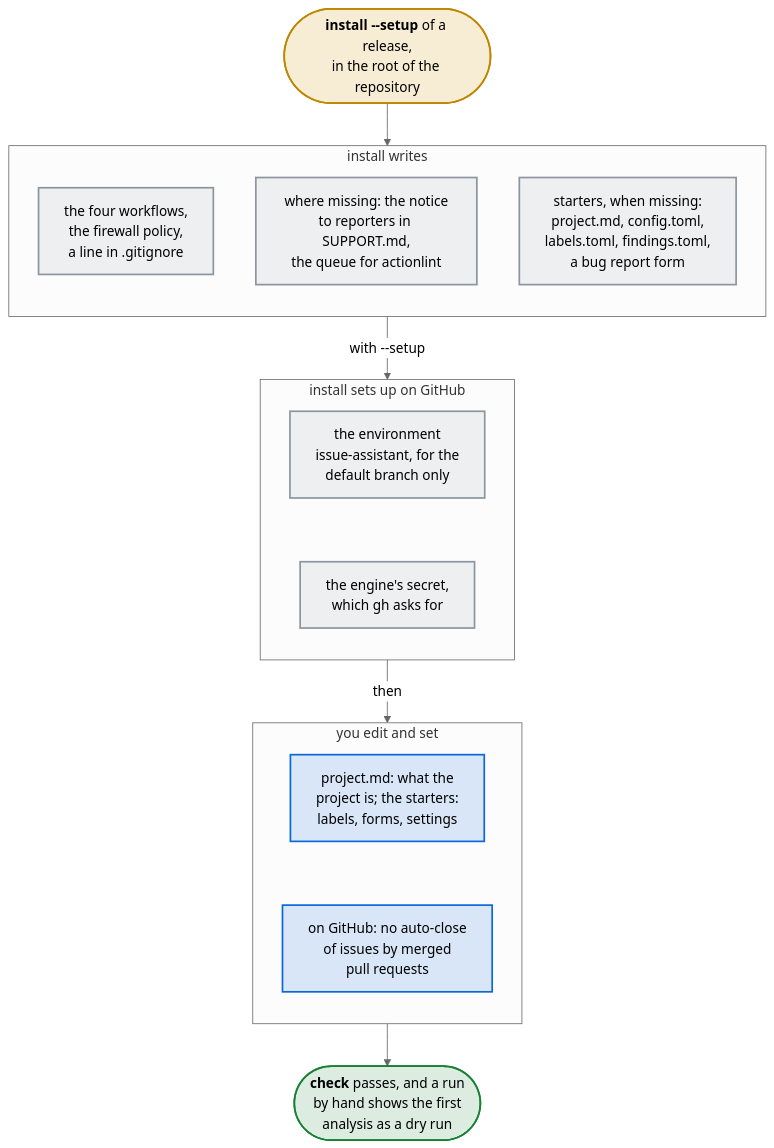
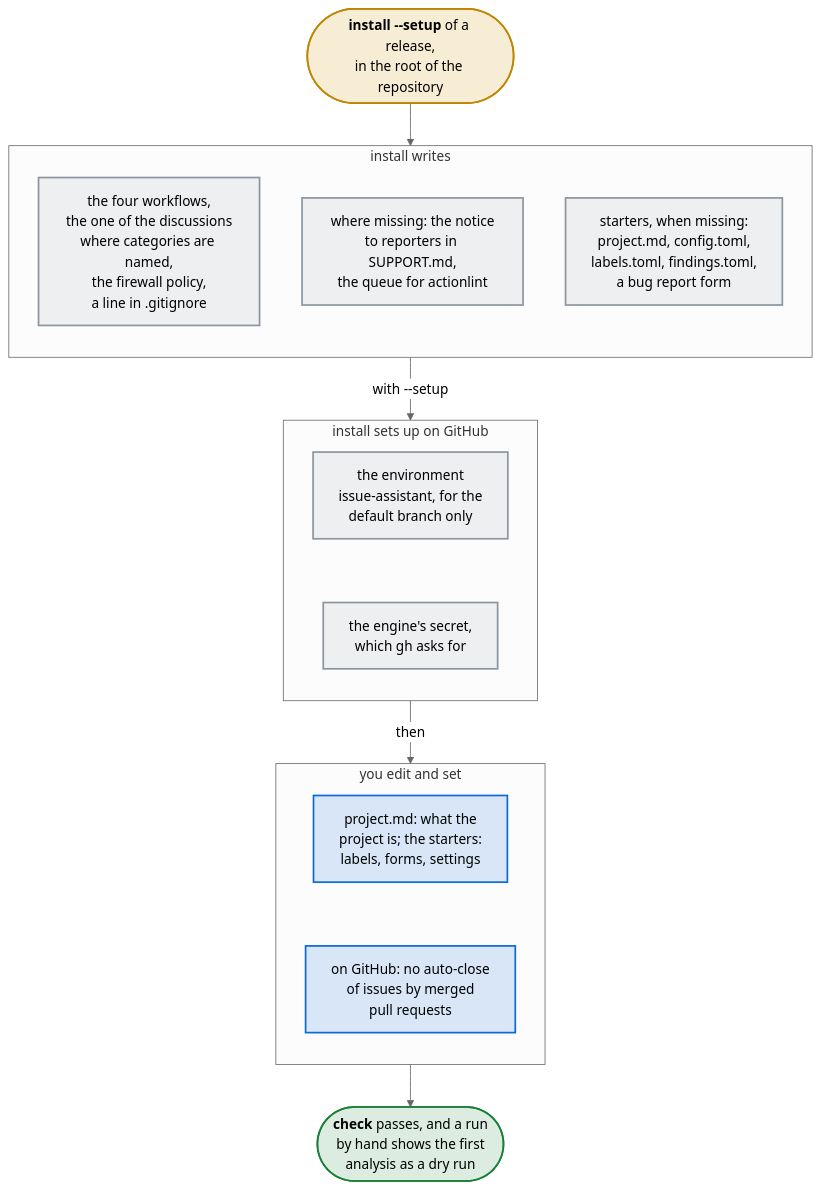
Before and after one commit to Dennis-Otto/issue-assistant: the diagram in docs/diagrams/what-install-writes-what-you-edit-and-what-you-set-on-github.mmd, drawn with Mermaid (neutral theme). The commit also changed 66 other files, not shown here.

First line of the commit message:
feat: a checked first answer for Q&A discussions (#144)

```diff
--- a/docs/diagrams/what-install-writes-what-you-edit-and-what-you-set-on-github.mmd
+++ b/docs/diagrams/what-install-writes-what-you-edit-and-what-you-set-on-github.mmd
@@ -1,33 +1,33 @@
 flowchart TB
   accTitle: What install writes, what you edit and what you set on GitHub
-  accDescr: install of a release, run in the root of the repository, writes the four workflows, the firewall policy .github/egress-firewall.yaml and an entry in .gitignore; adds the notice to reporters to SUPPORT.md and the queue of issue-assistant.yml to actionlint's settings where they are missing; and writes starters of project.md, config.toml, labels.toml, findings.toml and a bug report form when they are missing. With --setup, it also creates the environment issue-assistant on GitHub, limited to the default branch, and asks for the engine's secret. Then you describe the project in project.md, adapt the starters, and turn off the auto-close of issues by merged pull requests. Then check passes, and a run by hand shows the first analysis as a dry run.
+  accDescr: install of a release, run in the root of the repository, writes the four workflows, the workflow of the discussions where answer_categories of config.toml names a category, the firewall policy .github/egress-firewall.yaml and an entry in .gitignore; adds the notice to reporters to SUPPORT.md and the queue of issue-assistant.yml to actionlint's settings where they are missing; and writes starters of project.md, config.toml, labels.toml, findings.toml and a bug report form when they are missing. With --setup, it also creates the environment issue-assistant on GitHub, limited to the default branch, and asks for the engine's secret. Then you describe the project in project.md, adapt the starters, and turn off the auto-close of issues by merged pull requests. Then check passes, and a run by hand shows the first analysis as a dry run.
   install(["`**install --setup** of a release,<br>in the root of the repository`"]) --> written
   subgraph written ["install writes"]
     direction TB
-    workflows["the four workflows,<br>the firewall policy,<br>a line in .gitignore"]
+    workflows["the four workflows,<br>the one of the discussions<br>where categories are named,<br>the firewall policy,<br>a line in .gitignore"]
     notices["where missing: the notice<br>to reporters in SUPPORT.md,<br>the queue for actionlint"]
     starters["starters, when missing:<br>project.md, config.toml,<br>labels.toml, findings.toml,<br>a bug report form"]
   end
   written -- "with --setup" --> github
   subgraph github ["install sets up on GitHub"]
     direction TB
     environment["the environment<br>issue-assistant, for the<br>default branch only"]
     secret["the engine's secret,<br>which gh asks for"]
     environment ~~~ secret
   end
   github -- "then" --> edited
   subgraph edited ["you edit and set"]
     direction TB
     describe["project.md: what the<br>project is; the starters:<br>labels, forms, settings"]
     autoclose["on GitHub: no auto-close<br>of issues by merged<br>pull requests"]
     describe ~~~ autoclose
   end
   edited --> check(["`**check** passes, and a run<br>by hand shows the first<br>analysis as a dry run`"])
   classDef trigger fill:#d4a72c33,stroke:#bf8700,stroke-width:2px
   classDef job fill:#8c959f1f,stroke:#8c959f,stroke-width:2px
   classDef person fill:#0969da26,stroke:#0969da,stroke-width:2px
   classDef safe fill:#1a7f3726,stroke:#1a7f37,stroke-width:2px
   class install trigger
   class workflows,notices,starters,environment,secret job
   class describe,autoclose person
   class check safe
```
